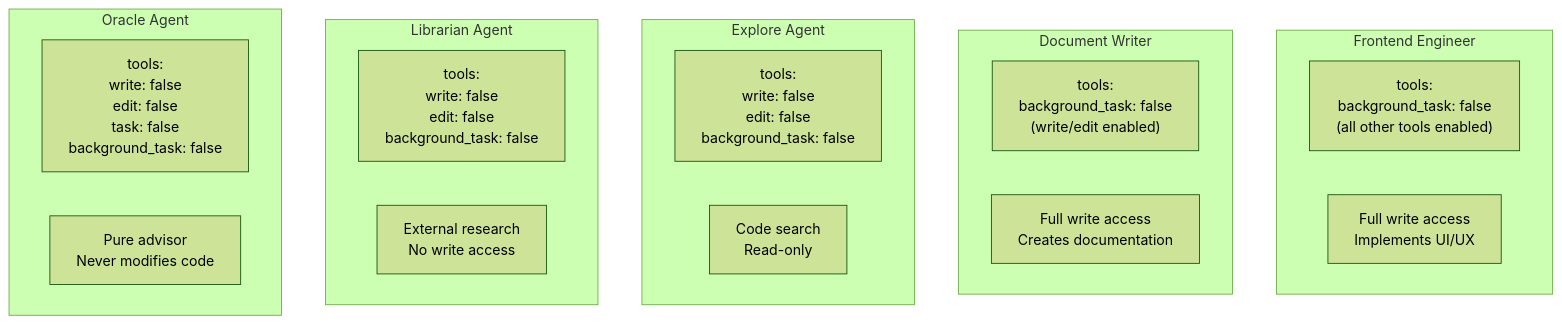
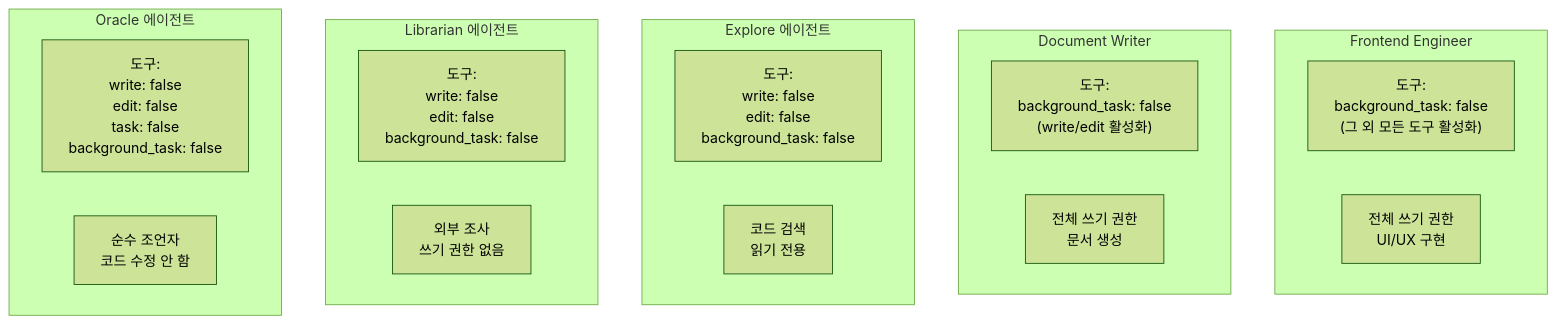
The sixth of 8 diagrams in docs/agents/document-writer.md (felipetruman/oh-my-opencode-docs), drawn with Mermaid (forest theme) before and after one commit. The commit also changed other lines of this file and 76 other files, not shown here.

````diff
--- a/docs/agents/document-writer.md
+++ b/docs/agents/document-writer.md
@@ -388,39 +388,39 @@
 ```mermaid
 flowchart TD
 
-FrontendTools["tools:<br>background_task: false<br>(all other tools enabled)"]
-FrontendRole["Full write access<br>Implements UI/UX"]
-DocTools["tools:<br>background_task: false<br>(write/edit enabled)"]
-DocRole["Full write access<br>Creates documentation"]
-ExploreTools["tools:<br>write: false<br>edit: false<br>background_task: false"]
-ExploreRole["Code search<br>Read-only"]
-LibrarianTools["tools:<br>write: false<br>edit: false<br>background_task: false"]
-LibrarianRole["External research<br>No write access"]
-OracleTools["tools:<br>write: false<br>edit: false<br>task: false<br>background_task: false"]
-OracleRole["Pure advisor<br>Never modifies code"]
+FrontendTools["도구:<br>background_task: false<br>(그 외 모든 도구 활성화)"]
+FrontendRole["전체 쓰기 권한<br>UI/UX 구현"]
+DocTools["도구:<br>background_task: false<br>(write/edit 활성화)"]
+DocRole["전체 쓰기 권한<br>문서 생성"]
+ExploreTools["도구:<br>write: false<br>edit: false<br>background_task: false"]
+ExploreRole["코드 검색<br>읽기 전용"]
+LibrarianTools["도구:<br>write: false<br>edit: false<br>background_task: false"]
+LibrarianRole["외부 조사<br>쓰기 권한 없음"]
+OracleTools["도구:<br>write: false<br>edit: false<br>task: false<br>background_task: false"]
+OracleRole["순수 조언자<br>코드 수정 안 함"]
 
 subgraph Frontend ["Frontend Engineer"]
     FrontendTools
     FrontendRole
 end
 
 subgraph DocumentWriter ["Document Writer"]
     DocTools
     DocRole
 end
 
-subgraph Explore ["Explore Agent"]
+subgraph Explore ["Explore 에이전트"]
     ExploreTools
     ExploreRole
 end
 
-subgraph Librarian ["Librarian Agent"]
+subgraph Librarian ["Librarian 에이전트"]
     LibrarianTools
     LibrarianRole
 end
 
-subgraph Oracle ["Oracle Agent"]
+subgraph Oracle ["Oracle 에이전트"]
     OracleTools
     OracleRole
 end
 ```
````
